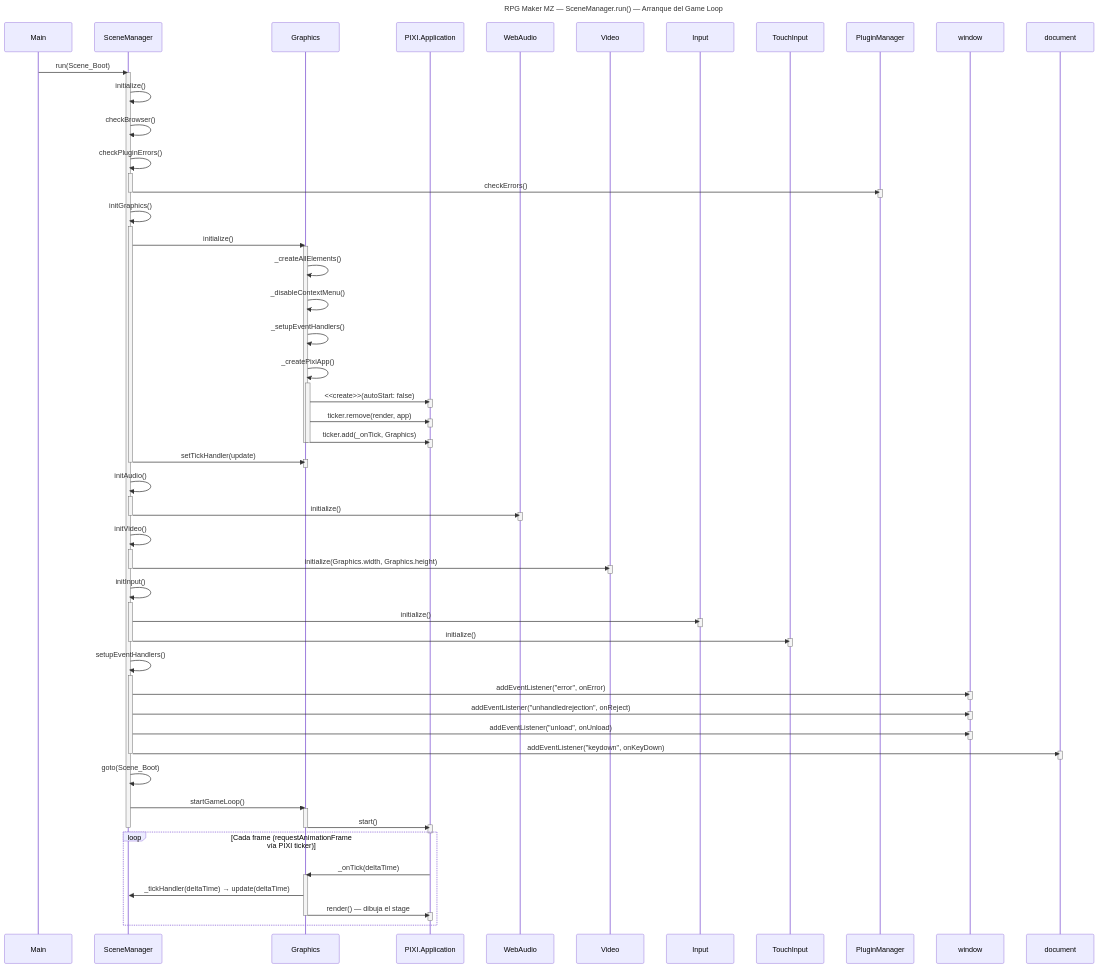
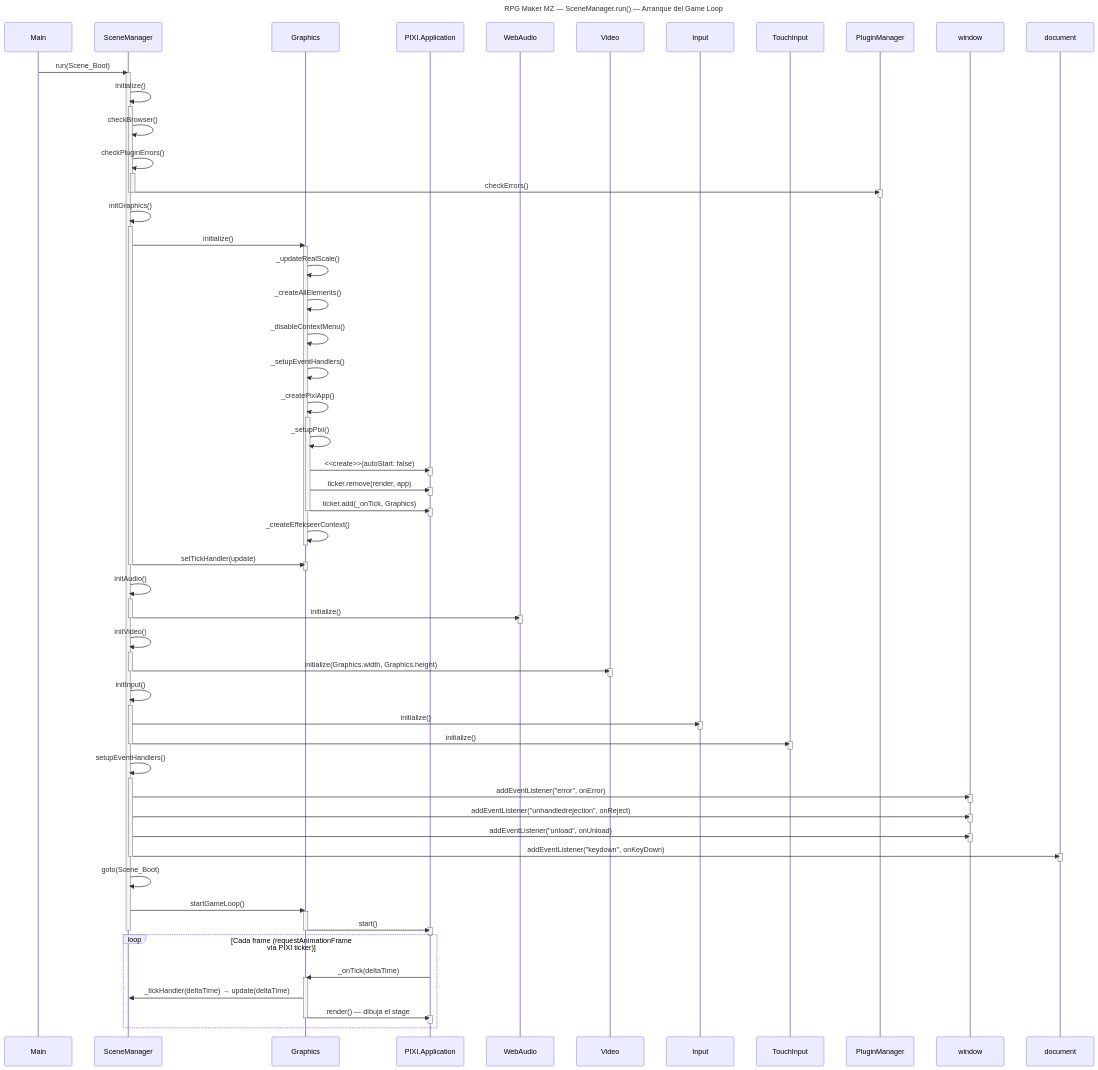
Before and after one commit to Cri-ParraC/rmmz-mermaid-diagrams: the diagram in sequence-diagrams/scenemanager-run.mmd, drawn with Mermaid.

Commit message:
Refactor SceneManager.run() sequence diagram for clarity and accuracy

```diff
--- a/sequence-diagrams/scenemanager-run.mmd
+++ b/sequence-diagrams/scenemanager-run.mmd
@@ -1,109 +1,114 @@
 sequenceDiagram
     title RPG Maker MZ — SceneManager.run() — Arranque del Game Loop
 
     participant Main
     participant SceneManager
     participant Graphics
     participant PIXIApp as PIXI.Application
     participant WebAudio
     participant Video
     participant Input
     participant TouchInput
     participant PluginManager
     participant Window as window
     participant Document as document
 
     Main->>SceneManager: run(Scene_Boot)
 
     activate SceneManager
 
     SceneManager->>SceneManager: initialize()
+    activate SceneManager
     SceneManager->>SceneManager: checkBrowser()
     SceneManager->>SceneManager: checkPluginErrors()
     activate SceneManager
     SceneManager->>PluginManager: checkErrors()
     activate PluginManager
     deactivate PluginManager
     deactivate SceneManager
+    deactivate SceneManager
     SceneManager->>SceneManager: initGraphics()
     activate SceneManager
     SceneManager->>Graphics: initialize()
     activate Graphics
+    Graphics->>Graphics: _updateRealScale()
     Graphics->>Graphics: _createAllElements()
     Graphics->>Graphics: _disableContextMenu()
     Graphics->>Graphics: _setupEventHandlers()
     Graphics->>Graphics: _createPixiApp()
     activate Graphics
+    Graphics->>Graphics: _setupPixi()
     Graphics->>PIXIApp: <<create>>(autoStart: false)
     activate PIXIApp
     deactivate PIXIApp
     Graphics->>PIXIApp: ticker.remove(render, app)
     activate PIXIApp
     deactivate PIXIApp
     Graphics->>PIXIApp: ticker.add(_onTick, Graphics)
     activate PIXIApp
     deactivate PIXIApp
     deactivate Graphics
+    Graphics->>Graphics: _createEffekseerContext()
     deactivate Graphics
     SceneManager->>Graphics: setTickHandler(update)
     activate Graphics
     deactivate Graphics
     deactivate SceneManager
 
     SceneManager->>SceneManager: initAudio()
     activate SceneManager
     SceneManager->>WebAudio: initialize()
     activate WebAudio
     deactivate WebAudio
     deactivate SceneManager
     SceneManager->>SceneManager: initVideo()
     activate SceneManager
     SceneManager->>Video: initialize(Graphics.width, Graphics.height)
     activate Video
     deactivate Video
     deactivate SceneManager
     SceneManager->>SceneManager: initInput()
     activate SceneManager
     SceneManager->>Input: initialize()
     activate Input
     deactivate Input
     SceneManager->>TouchInput: initialize()
     activate TouchInput
     deactivate TouchInput
     deactivate SceneManager
     SceneManager->>SceneManager: setupEventHandlers()
     activate SceneManager
     SceneManager->>Window: addEventListener("error", onError)
     activate Window
     deactivate Window
     SceneManager->>Window: addEventListener("unhandledrejection", onReject)
     activate Window
     deactivate Window
     SceneManager->>Window: addEventListener("unload", onUnload)
     activate Window
     deactivate Window
     SceneManager->>Document: addEventListener("keydown", onKeyDown)
     activate Document
     deactivate Document
     deactivate SceneManager
 
     SceneManager->>SceneManager: goto(Scene_Boot)
 
     SceneManager->>Graphics: startGameLoop()
     activate Graphics
     Graphics->>PIXIApp: start()
     activate PIXIApp
     deactivate PIXIApp
     deactivate Graphics
 
     deactivate SceneManager
 
     loop Cada frame (requestAnimationFrame vía PIXI ticker)
         PIXIApp->>Graphics: _onTick(deltaTime)
         activate Graphics
         Graphics->>SceneManager: _tickHandler(deltaTime) → update(deltaTime)
         Graphics->>PIXIApp: render() — dibuja el stage
         activate PIXIApp
         deactivate PIXIApp
         deactivate Graphics
     end
```
